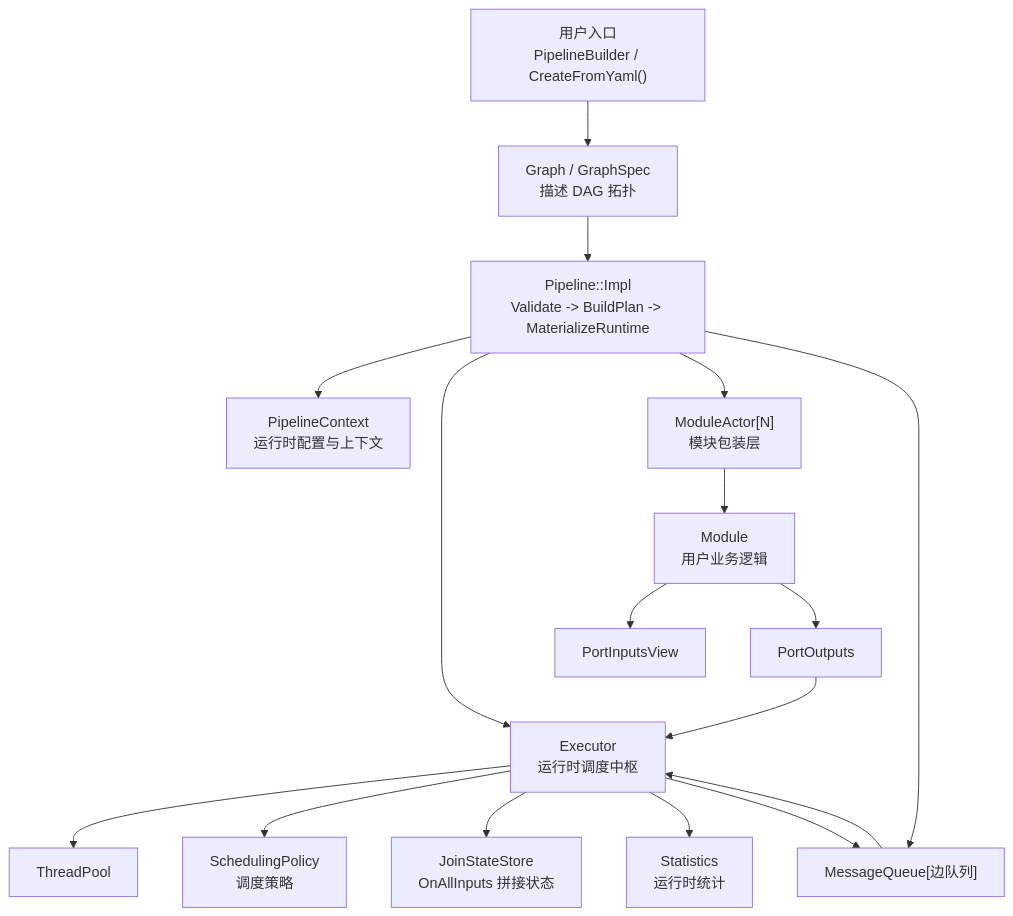
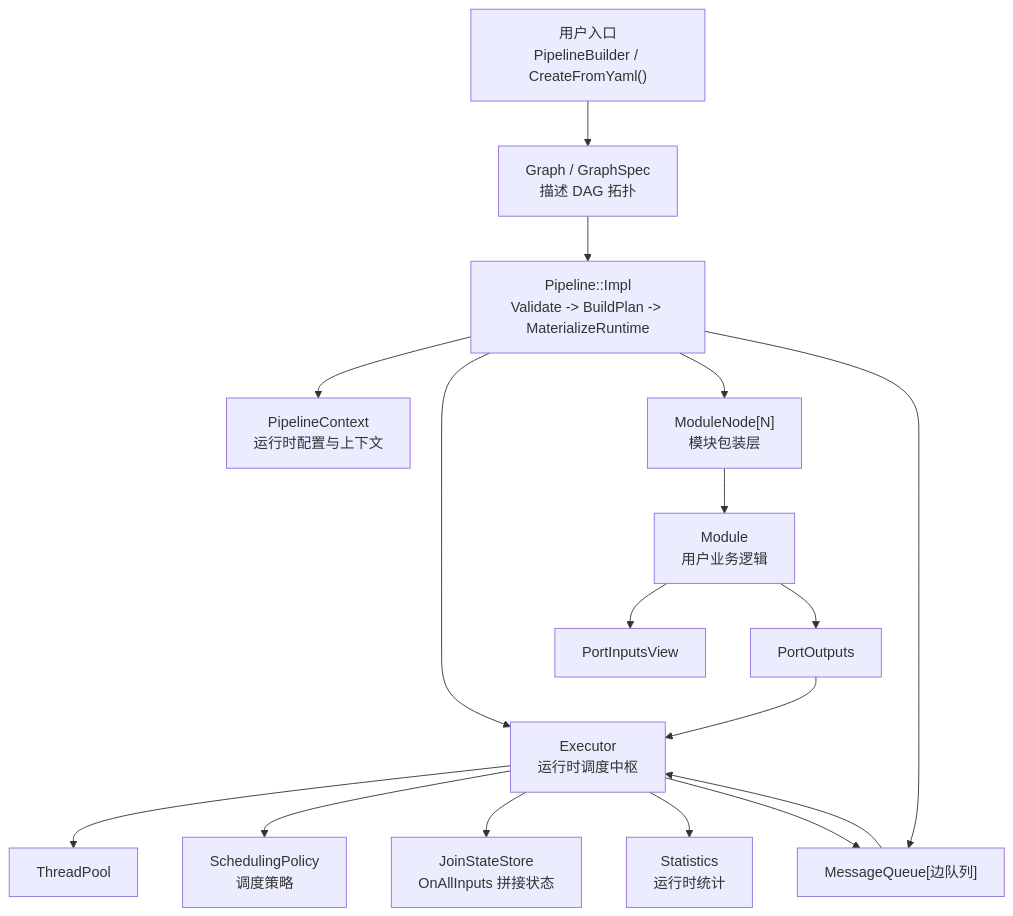
The first of 5 diagrams in docs/ARCHITECTURE_ZH.md (youngzilla0/Nexusflow), drawn with Mermaid before and after one commit. The commit also changed other lines of this file and 15 other files, not shown here.

Commit message:
refactor(runtime): align graph and module node naming

````diff
--- a/docs/ARCHITECTURE_ZH.md
+++ b/docs/ARCHITECTURE_ZH.md
@@ -21,21 +21,21 @@
 ```mermaid
 flowchart TD
     A["用户入口<br/>PipelineBuilder / CreateFromYaml()"] --> B["Graph / GraphSpec<br/>描述 DAG 拓扑"]
     B --> C["Pipeline::Impl<br/>Validate -> BuildPlan -> MaterializeRuntime"]
     C --> D["PipelineContext<br/>运行时配置与上下文"]
     C --> E["Executor<br/>运行时调度中枢"]
-    C --> F["ModuleActor[N]<br/>模块包装层"]
+    C --> F["ModuleNode[N]<br/>模块包装层"]
     C --> G["MessageQueue[边队列]"]
 
     F --> H["Module<br/>用户业务逻辑"]
     E --> I["ThreadPool"]
     E --> J["SchedulingPolicy<br/>调度策略"]
     E --> K["JoinStateStore<br/>OnAllInputs 拼接状态"]
     E --> L["Statistics<br/>运行时统计"]
 
     H --> M["PortInputsView"]
     H --> N["PortOutputs"]
     N --> E
     E --> G
     G --> E
 ```
````
